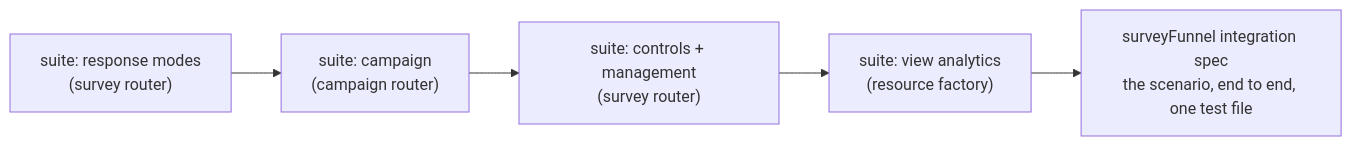
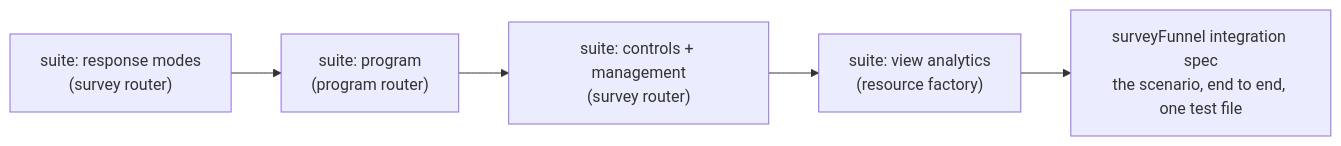
One commit to Esposter/Esposter changed the diagram in packages/app/content/docs/proposals/platform/funnel-integration-tests.md. Above: the diagram before and after it, drawn with Mermaid. The commit also changed other lines of this file and 8 other files, not shown here.

First line of the commit message:
docs: rename Campaign to Program, add File-to-Sheet rename spec

````diff
--- a/packages/app/content/docs/proposals/platform/funnel-integration-tests.md
+++ b/packages/app/content/docs/proposals/platform/funnel-integration-tests.md
@@ -24,7 +24,7 @@
 ```mermaid
 flowchart LR
-  S1["suite: response modes<br/>(survey router)"] --> S2["suite: campaign<br/>(campaign router)"]
+  S1["suite: response modes<br/>(survey router)"] --> S2["suite: program<br/>(program router)"]
   S2 --> S3["suite: controls + management<br/>(survey router)"]
   S3 --> S4["suite: view analytics<br/>(resource factory)"]
   S4 --> CHAIN["surveyFunnel integration spec<br/>the scenario, end to end, one test file"]
 ```
````
